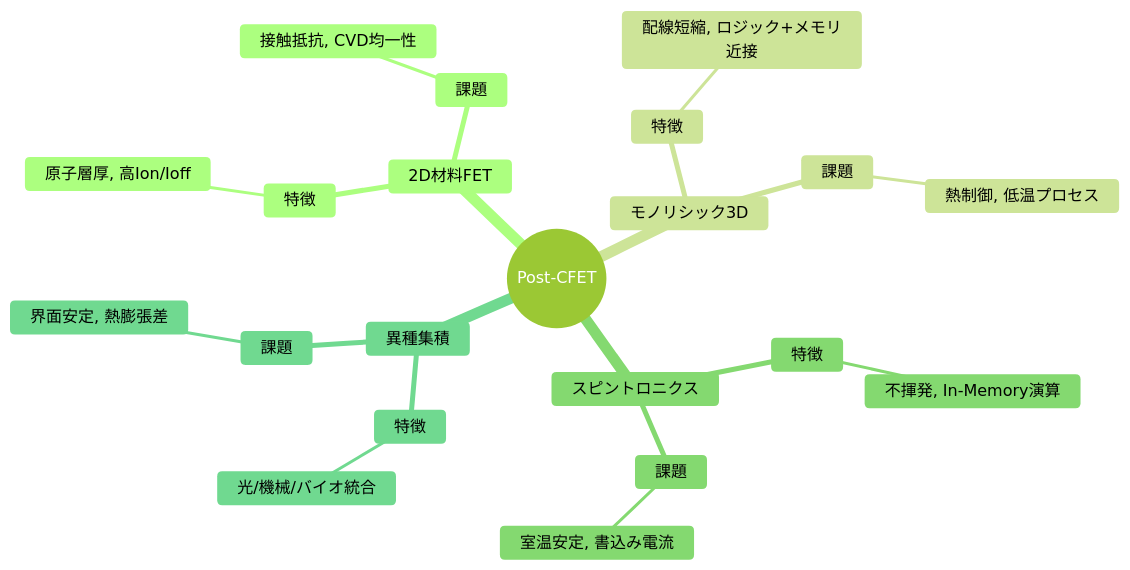
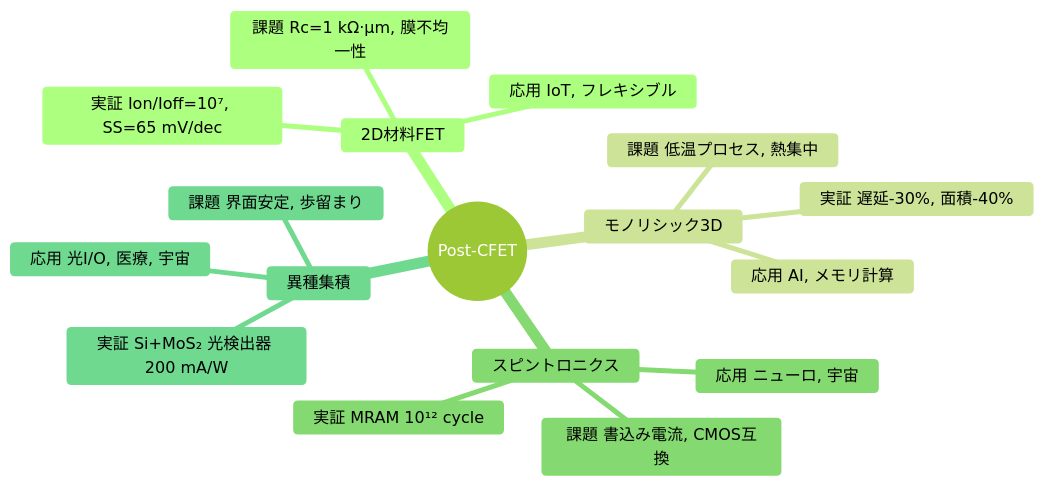
Before and after one commit to Samizo-AITL/Edusemi-v4x: the third of 3 diagrams in f_chapter1_finfet_gaa/post_cfet/draft.md, drawn with Mermaid (forest theme). The commit also changed other lines of this file, not shown here.

````diff
--- a/f_chapter1_finfet_gaa/post_cfet/draft.md
+++ b/f_chapter1_finfet_gaa/post_cfet/draft.md
@@ -104,24 +96,20 @@
 ```mermaid
 mindmap
   root((Post-CFET))
     2D材料FET
-      特徴
-        原子層厚, 高Ion/Ioff
-      課題
-        接触抵抗, CVD均一性
+      実証 Ion/Ioff=10⁷, SS=65 mV/dec
+      課題 Rc=1 kΩ·µm, 膜不均一性
+      応用 IoT, フレキシブル
     モノリシック3D
-      特徴
-        配線短縮, ロジック+メモリ近接
-      課題
-        熱制御, 低温プロセス
+      実証 遅延-30%, 面積-40%
+      課題 低温プロセス, 熱集中
+      応用 AI, メモリ計算
     スピントロニクス
-      特徴
-        不揮発, In-Memory演算
-      課題
-        室温安定, 書込み電流
+      実証 MRAM 10¹² cycle
+      課題 書込み電流, CMOS互換
+      応用 ニューロ, 宇宙
     異種集積
-      特徴
-        光/機械/バイオ統合
-      課題
-        界面安定, 熱膨張差
+      実証 Si+MoS₂ 光検出器 200 mA/W
+      課題 界面安定, 歩留まり
+      応用 光I/O, 医療, 宇宙
 ```
````
